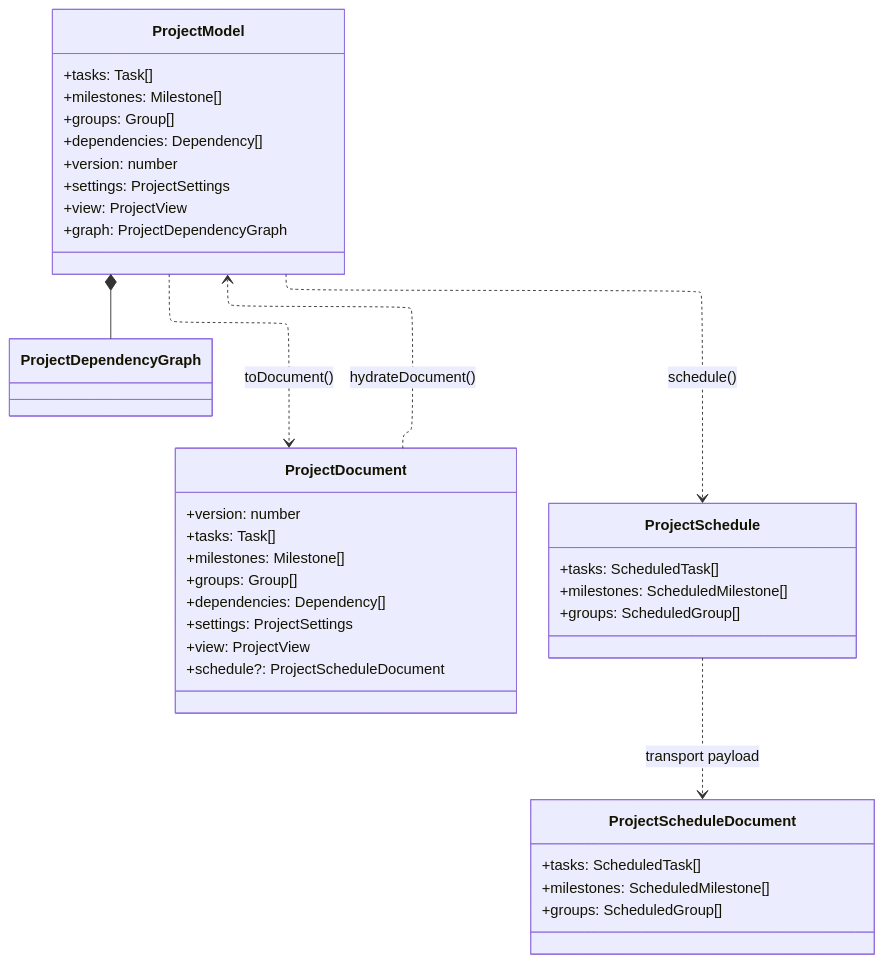
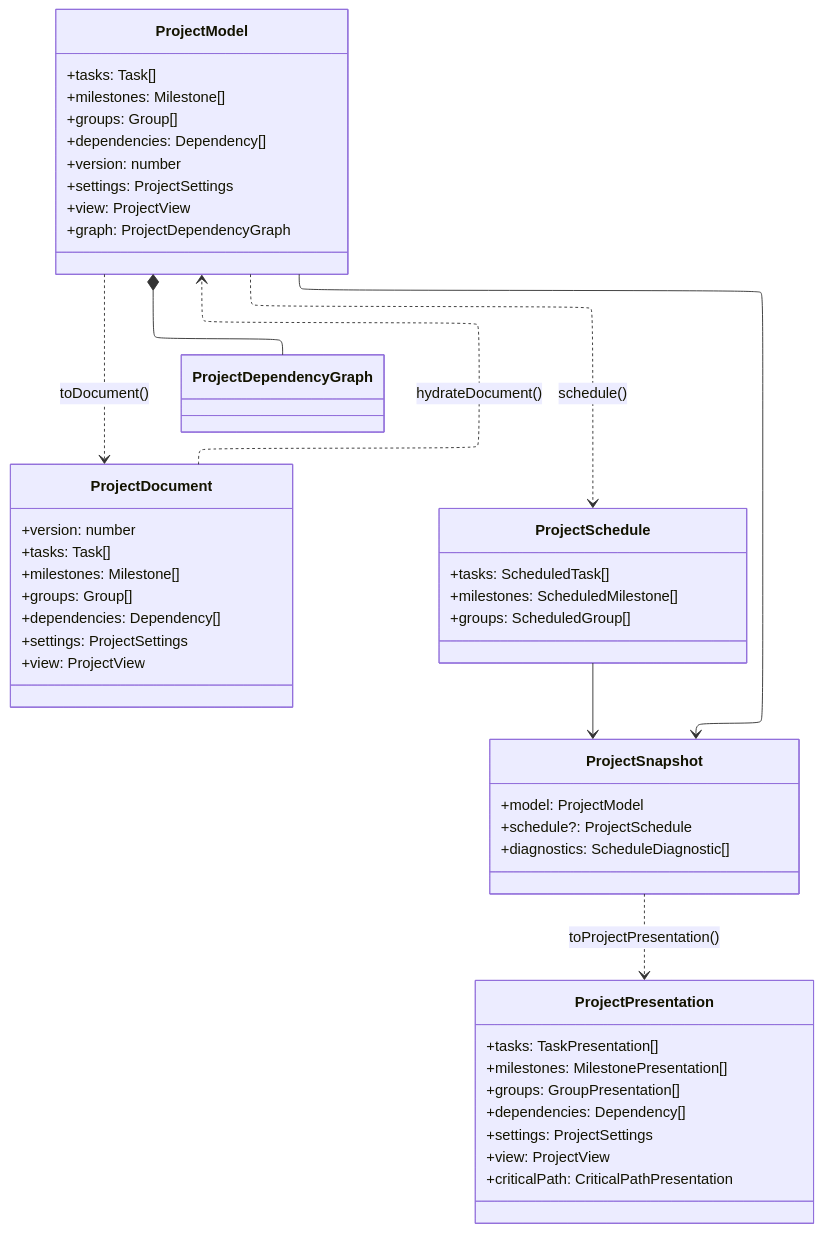
One commit to sergehas/ganttee changed the sixth of 6 diagrams in docs/documentation/gantt-model-hydration.md. Above: the diagram before and after it, drawn with Mermaid. The commit also changed other lines of this file and 46 other files, not shown here.

````diff
--- a/docs/documentation/gantt-model-hydration.md
+++ b/docs/documentation/gantt-model-hydration.md
@@ -257,48 +263,59 @@
 ```mermaid
 ---
 config:
   layout: elk
 ---
 classDiagram
     class ProjectDocument {
         +version: number
         +tasks: Task[]
         +milestones: Milestone[]
         +groups: Group[]
         +dependencies: Dependency[]
         +settings: ProjectSettings
         +view: ProjectView
-        +schedule?: ProjectScheduleDocument
     }
 
     class ProjectModel {
         +tasks: Task[]
         +milestones: Milestone[]
         +groups: Group[]
         +dependencies: Dependency[]
         +version: number
         +settings: ProjectSettings
         +view: ProjectView
         +graph: ProjectDependencyGraph
     }
 
     class ProjectSchedule {
         +tasks: ScheduledTask[]
         +milestones: ScheduledMilestone[]
         +groups: ScheduledGroup[]
     }
 
-    class ProjectScheduleDocument {
-        +tasks: ScheduledTask[]
-        +milestones: ScheduledMilestone[]
-        +groups: ScheduledGroup[]
+    class ProjectSnapshot {
+        +model: ProjectModel
+        +schedule?: ProjectSchedule
+        +diagnostics: ScheduleDiagnostic[]
+    }
+
+    class ProjectPresentation {
+        +tasks: TaskPresentation[]
+        +milestones: MilestonePresentation[]
+        +groups: GroupPresentation[]
+        +dependencies: Dependency[]
+        +settings: ProjectSettings
+        +view: ProjectView
+        +criticalPath: CriticalPathPresentation
     }
 
     class ProjectDependencyGraph
 
     ProjectDocument ..> ProjectModel : hydrateDocument()
     ProjectModel ..> ProjectDocument : toDocument()
     ProjectModel ..> ProjectSchedule : schedule()
-    ProjectSchedule ..> ProjectScheduleDocument : transport payload
+    ProjectModel --> ProjectSnapshot
+    ProjectSchedule --> ProjectSnapshot
+    ProjectSnapshot ..> ProjectPresentation : toProjectPresentation()
     ProjectModel *-- ProjectDependencyGraph
 ```
````
